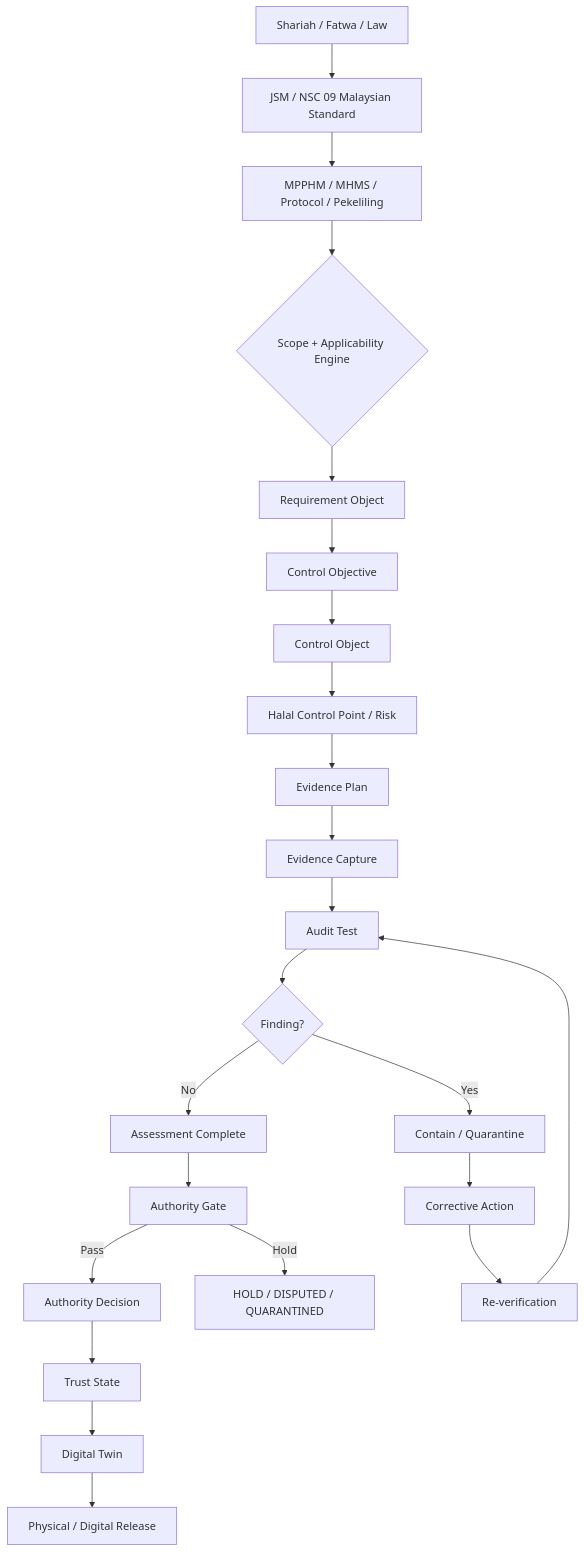
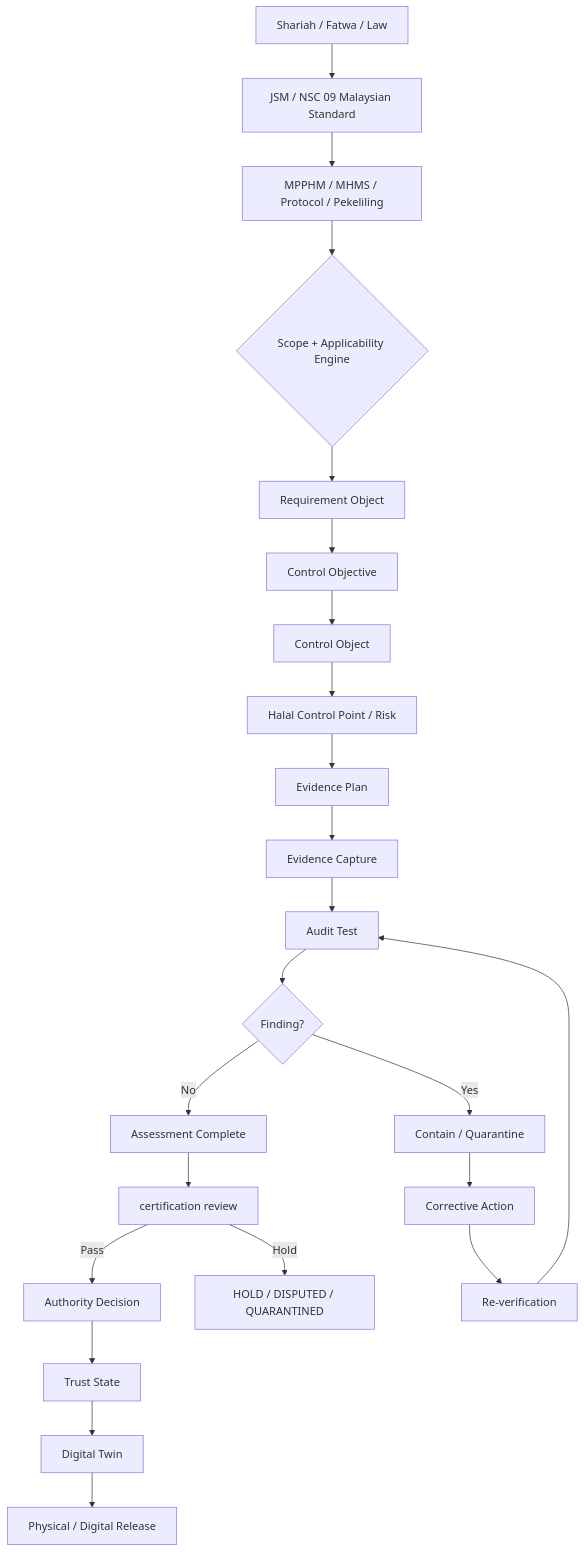
The first of 10 diagrams in master-standards-stack/iq300-all-jakim-ms/03_COMPLETE_MERMAID_PROCESS_FLOWS.md (mavericken777/GlobalHalalDigitalTrust), drawn with Mermaid before and after one commit. The commit also changed 153 other files, not shown here.

Commit message:
Revamp current ecosystem architecture and remove retired project gates

````diff
--- a/master-standards-stack/iq300-all-jakim-ms/03_COMPLETE_MERMAID_PROCESS_FLOWS.md
+++ b/master-standards-stack/iq300-all-jakim-ms/03_COMPLETE_MERMAID_PROCESS_FLOWS.md
@@ -4,25 +4,25 @@
 ```mermaid
 flowchart TD
  A[Shariah / Fatwa / Law] --> B[JSM / NSC 09 Malaysian Standard]
  B --> C[MPPHM / MHMS / Protocol / Pekeliling]
  C --> D{Scope + Applicability Engine}
  D --> E[Requirement Object]
  E --> F[Control Objective]
  F --> G[Control Object]
  G --> H[Halal Control Point / Risk]
  H --> I[Evidence Plan]
  I --> J[Evidence Capture]
  J --> K[Audit Test]
  K --> L{Finding?}
  L -->|No| M[Assessment Complete]
  L -->|Yes| N[Contain / Quarantine]
  N --> O[Corrective Action]
  O --> P[Re-verification]
  P --> K
- M --> Q[Authority Gate]
+ M --> Q[certification review]
  Q -->|Pass| R[Authority Decision]
  Q -->|Hold| S[HOLD / DISPUTED / QUARANTINED]
  R --> T[Trust State]
  T --> U[Digital Twin]
  U --> V[Physical / Digital Release]
 ```
````
